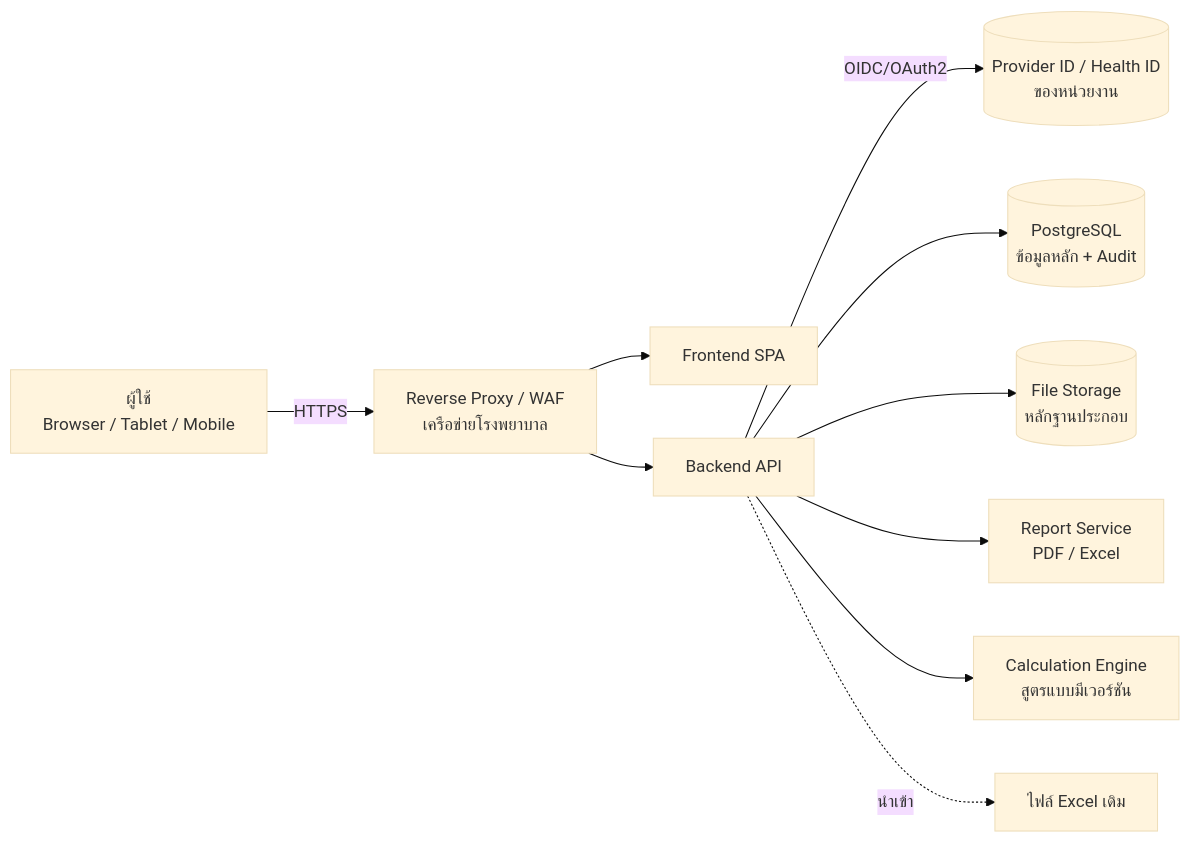
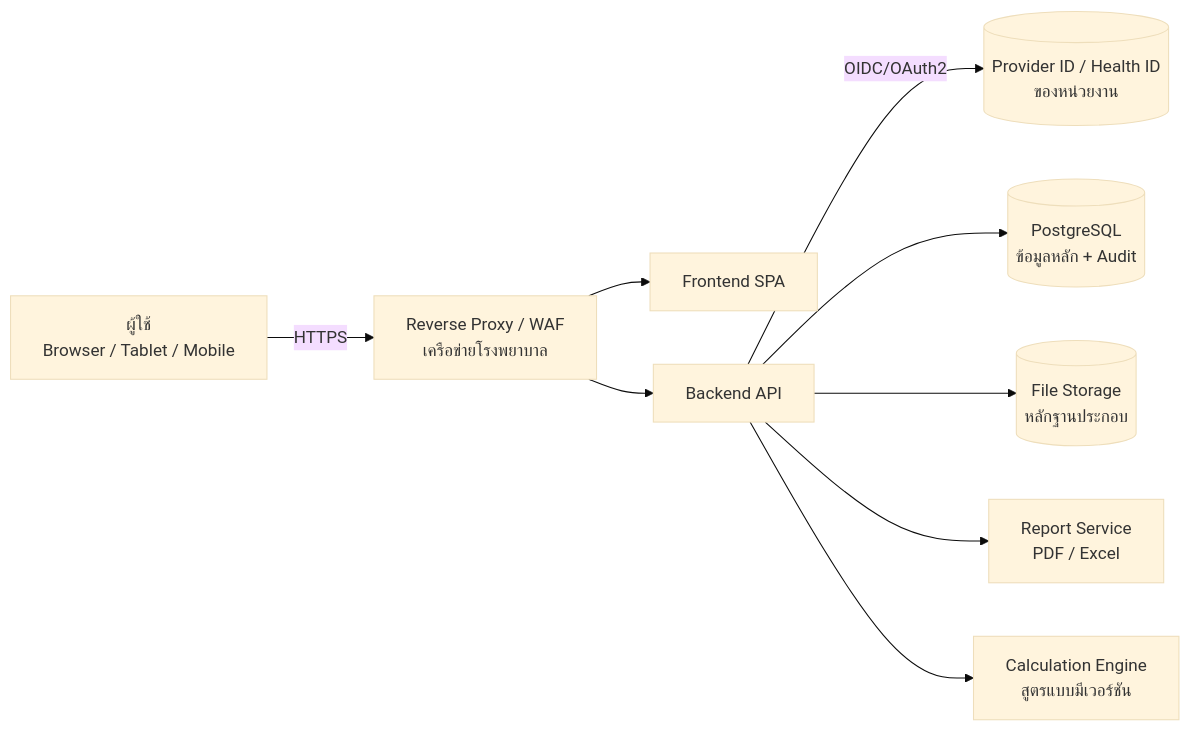
One commit to seaseeseasee/somdet-utility changed the second of 5 diagrams in docs/Phase1-Analysis-Design.md. Above: the diagram before and after it, drawn with Mermaid (base theme). The commit also changed other lines of this file and 10 other files, not shown here.

````diff
--- a/docs/Phase1-Analysis-Design.md
+++ b/docs/Phase1-Analysis-Design.md
@@ -226,12 +283,11 @@
 ```mermaid
 flowchart LR
   U[ผู้ใช้<br/>Browser / Tablet / Mobile] -->|HTTPS| RP[Reverse Proxy / WAF<br/>เครือข่ายโรงพยาบาล]
   RP --> FE[Frontend SPA]
   RP --> API[Backend API]
   API -->|OIDC/OAuth2| IDP[(Provider ID / Health ID<br/>ของหน่วยงาน)]
   API --> DB[(PostgreSQL<br/>ข้อมูลหลัก + Audit)]
   API --> FS[(File Storage<br/>หลักฐานประกอบ)]
   API --> RPT[Report Service<br/>PDF / Excel]
   API --> CALC[Calculation Engine<br/>สูตรแบบมีเวอร์ชัน]
-  API -.นำเข้า.-> XLS[ไฟล์ Excel เดิม]
 ```
````
